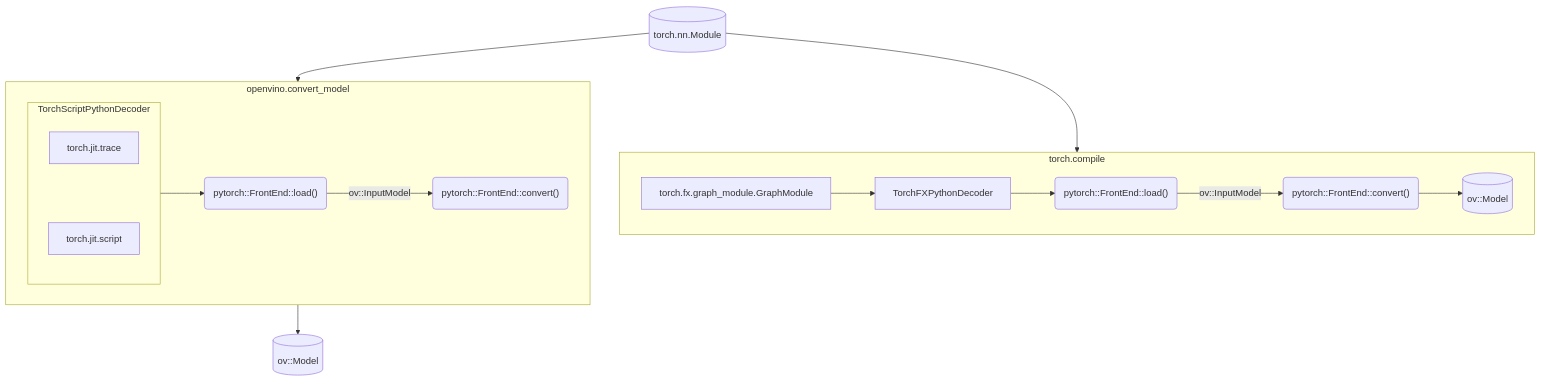
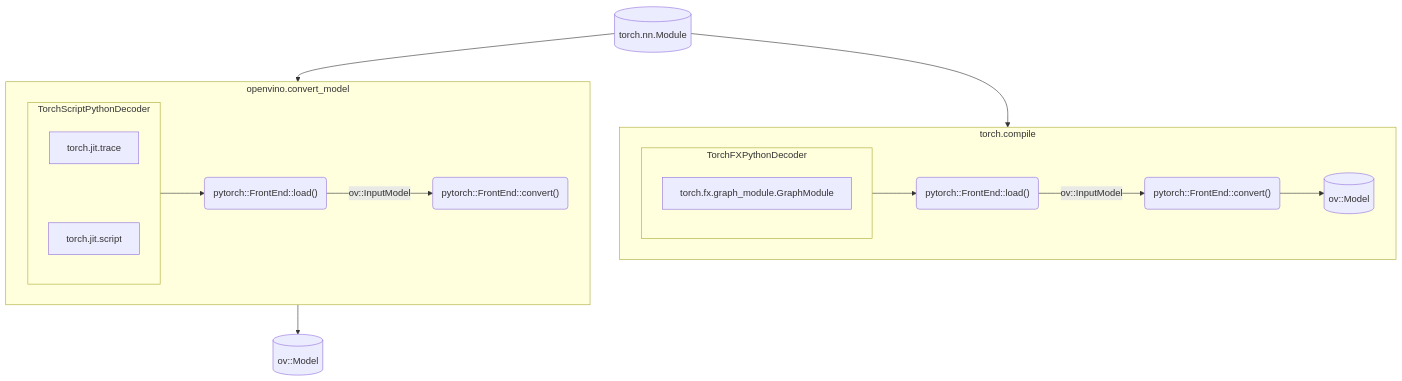
One commit to openvinotoolkit/openvino changed the diagram in src/frontends/pytorch/README.md. Above: the diagram before and after it, drawn with Mermaid.

````diff
--- a/src/frontends/pytorch/README.md
+++ b/src/frontends/pytorch/README.md
@@ -30,19 +30,21 @@
 ```mermaid
 flowchart TD
     A[(torch.nn.Module)] --> torch.compile
     subgraph torch.compile
-        torch.fx.graph_module.GraphModule --> TorchFXPythonDecoder
+        subgraph TorchFXPythonDecoder
+            torch.fx.graph_module.GraphModule
+        end
         TorchFXPythonDecoder --> E("pytorch::FrontEnd::load()")
         E -->|ov::InputModel| F("pytorch::FrontEnd::convert()")
         F --> G[(ov::Model)]
     end
     A[(torch.nn.Module)] --> openvino.convert_model
     subgraph openvino.convert_model
         subgraph TorchScriptPythonDecoder
             torch.jit.trace ~~~ torch.jit.script
         end
         TorchScriptPythonDecoder --> B("pytorch::FrontEnd::load()")
         B -->|ov::InputModel| C("pytorch::FrontEnd::convert()")
     end
     openvino.convert_model --> D[(ov::Model)]
 ```
````
